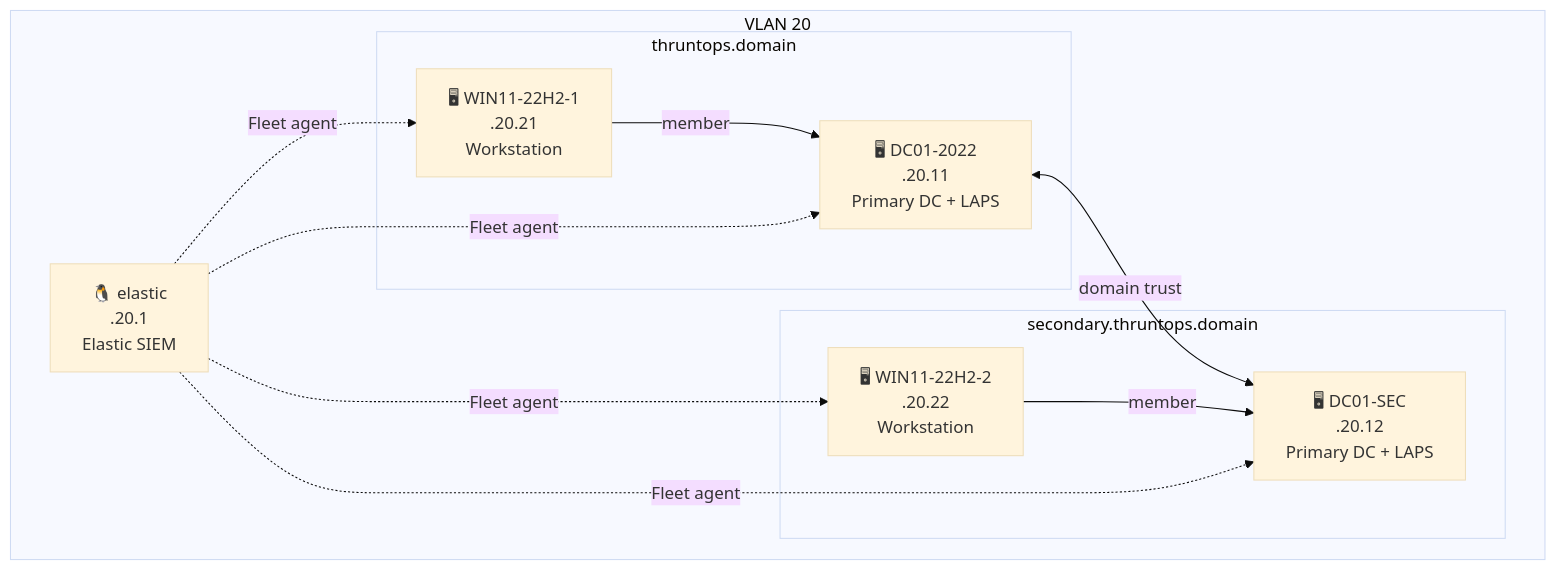
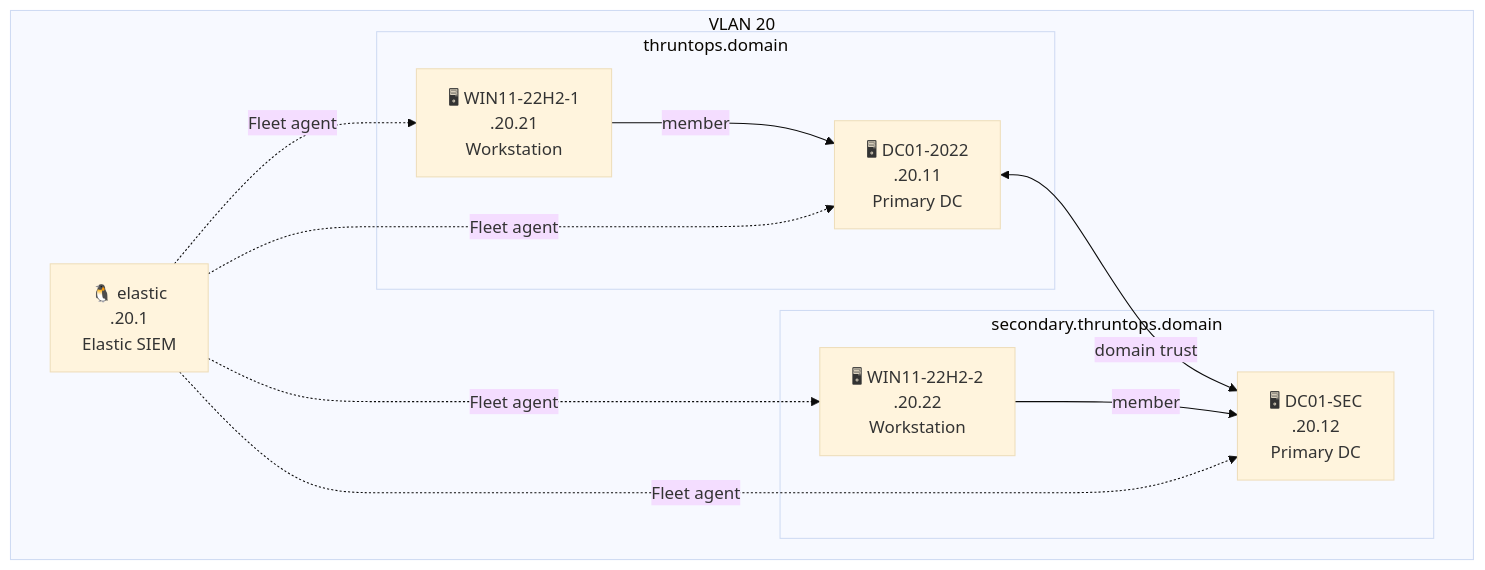
Before and after one commit to enonethreezed/ThruntOps: the diagram in docs/elastic.md, drawn with Mermaid (base theme). The commit also changed other lines of this file and 30 other files, not shown here.

````diff
--- a/docs/elastic.md
+++ b/docs/elastic.md
@@ -44,26 +44,26 @@
 ```mermaid
 graph TB
     subgraph VLAN20["VLAN 20"]
 
         subgraph primary["thruntops.domain"]
-            DC1["🖥 DC01-2022\n.20.11\nPrimary DC + LAPS"]
+            DC1["🖥 DC01-2022\n.20.11\nPrimary DC"]
             W1["🖥 WIN11-22H2-1\n.20.21\nWorkstation"]
         end
 
         subgraph secondary["secondary.thruntops.domain"]
-            DC2["🖥 DC01-SEC\n.20.12\nPrimary DC + LAPS"]
+            DC2["🖥 DC01-SEC\n.20.12\nPrimary DC"]
             W2["🖥 WIN11-22H2-2\n.20.22\nWorkstation"]
         end
 
         ELASTIC["🐧 elastic\n.20.1\nElastic SIEM"]
     end
 
     DC1 <-->|"domain trust"| DC2
     W1 -->|"member"| DC1
     W2 -->|"member"| DC2
 
     ELASTIC -.->|"Fleet agent"| DC1
     ELASTIC -.->|"Fleet agent"| DC2
     ELASTIC -.->|"Fleet agent"| W1
     ELASTIC -.->|"Fleet agent"| W2
 ```
````
